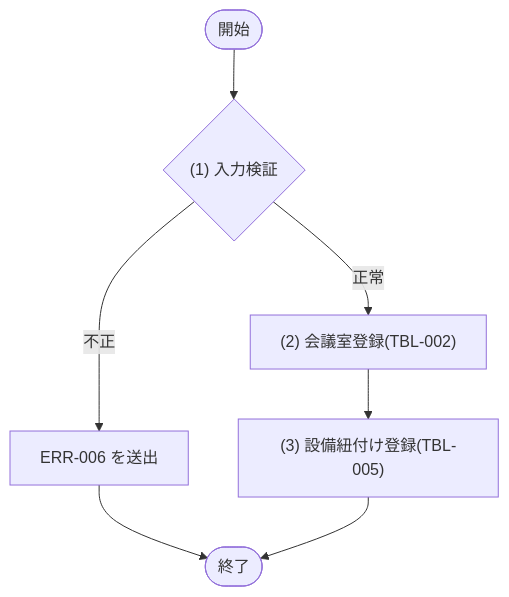
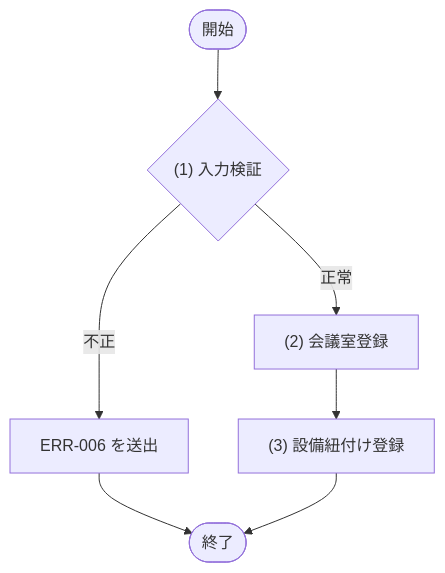
Before and after one commit to sikakou54/system-document-template: the first of 5 diagrams in docs/02_機能設計/05_モジュール設計/MOD-004_会議室管理サービス.md, drawn with Mermaid. The commit also changed other lines of this file and 128 other files, not shown here.

````diff
--- a/docs/02_機能設計/05_モジュール設計/MOD-004_会議室管理サービス.md
+++ b/docs/02_機能設計/05_モジュール設計/MOD-004_会議室管理サービス.md
@@ -35,13 +61,13 @@
 ```mermaid
 flowchart TD
   Start([開始])
   D1{"(1) 入力検証"}
-  P1["(2) 会議室登録(TBL-002)"]
-  P2["(3) 設備紐付け登録(TBL-005)"]
+  P1["(2) 会議室登録"]
+  P2["(3) 設備紐付け登録"]
   E1["ERR-006 を送出"]
   End([終了])
 
   Start --> D1
   D1 -- "不正" --> E1 --> End
   D1 -- "正常" --> P1 --> P2 --> End
 ```
````
